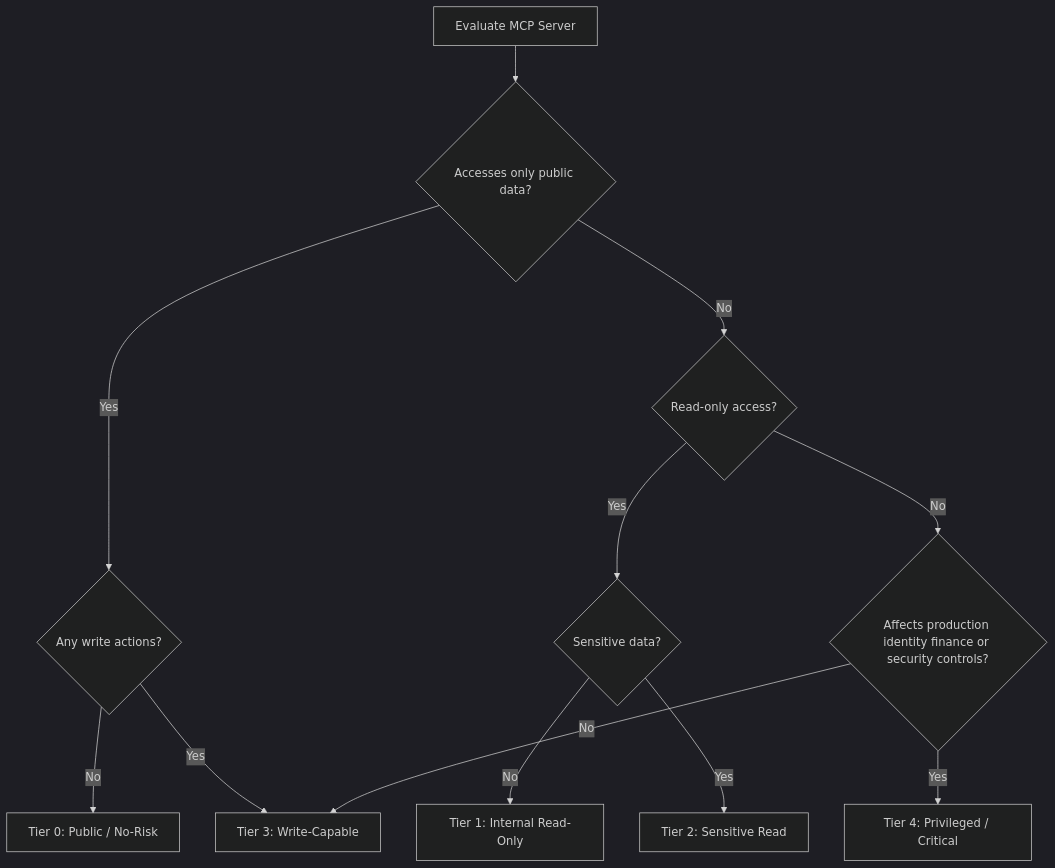
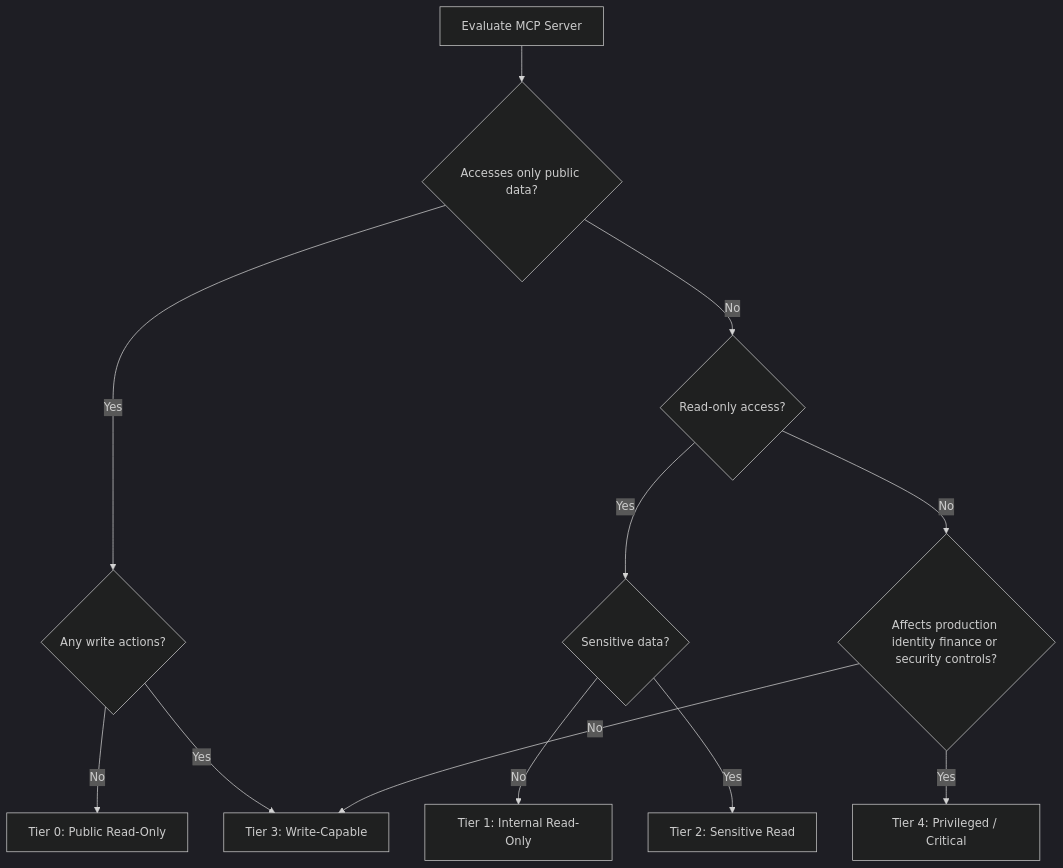
Before and after one commit to mcp-security-project/mcp-governance-risks: the diagram in mcp-governance-risk-framework-v1.0.md, drawn with Mermaid (dark theme). The commit also changed other lines of this file, not shown here.

````diff
--- a/mcp-governance-risk-framework-v1.0.md
+++ b/mcp-governance-risk-framework-v1.0.md
@@ -1021,14 +1055,14 @@
 ```mermaid
 flowchart TD
     start[Evaluate MCP Server] --> q1{Accesses only public data?}
     q1 -->|Yes| q1b{Any write actions?}
-    q1b -->|No| tier0[Tier 0: Public / No-Risk]
+    q1b -->|No| tier0[Tier 0: Public Read-Only]
     q1b -->|Yes| tier3[Tier 3: Write-Capable]
     q1 -->|No| q2{Read-only access?}
     q2 -->|Yes| q2b{Sensitive data?}
     q2b -->|No| tier1[Tier 1: Internal Read-Only]
     q2b -->|Yes| tier2[Tier 2: Sensitive Read]
     q2 -->|No| q3{Affects production identity finance or security controls?}
     q3 -->|Yes| tier4[Tier 4: Privileged / Critical]
     q3 -->|No| tier3
 ```
````
